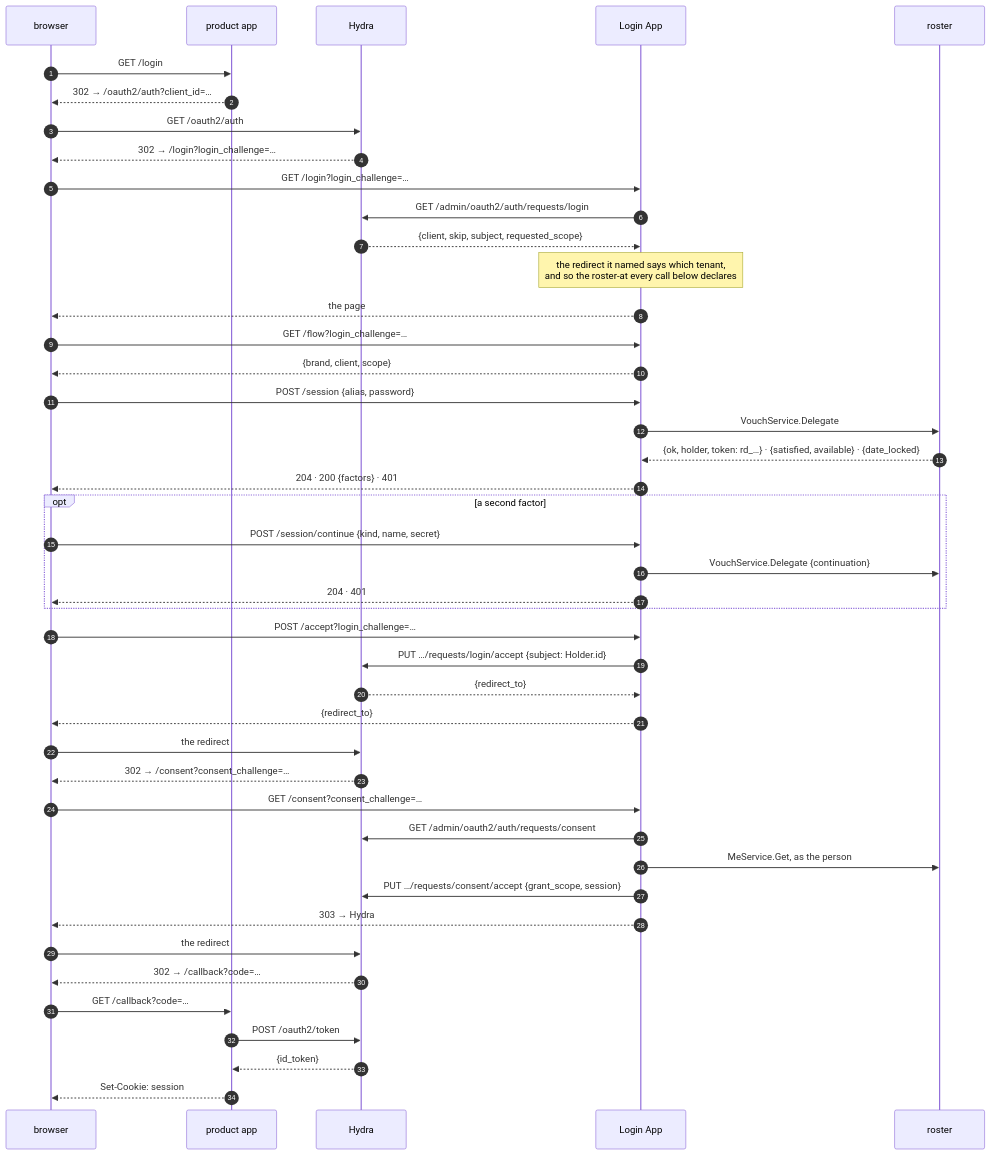
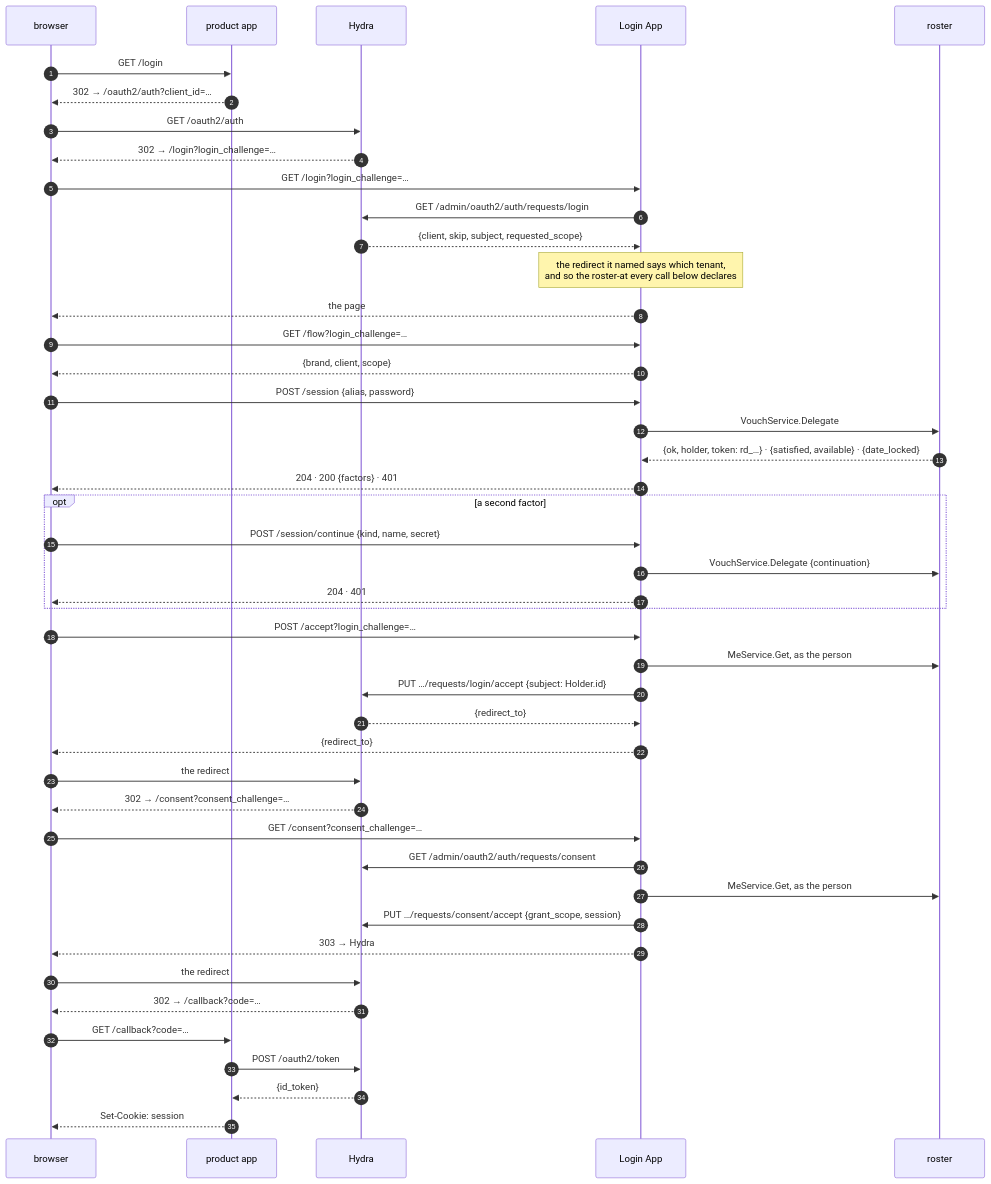
Before and after one commit to lesomnus/roster: the third of 7 diagrams in docs/login.md, drawn with Mermaid. The commit also changed other lines of this file and 11 other files, not shown here.

````diff
--- a/docs/login.md
+++ b/docs/login.md
@@ -253,52 +253,53 @@
 ```mermaid
 sequenceDiagram
   autonumber
   participant B as browser
   participant P as product app
   participant H as Hydra
   participant L as Login App
   participant R as roster
 
   B->>P: GET /login
   P-->>B: 302 → /oauth2/auth?client_id=…
   B->>H: GET /oauth2/auth
   H-->>B: 302 → /login?login_challenge=…
 
   B->>L: GET /login?login_challenge=…
   L->>H: GET /admin/oauth2/auth/requests/login
   H-->>L: {client, skip, subject, requested_scope}
   Note over L: the redirect it named says which tenant,<br/>and so the roster-at every call below declares
   L-->>B: the page
   B->>L: GET /flow?login_challenge=…
   L-->>B: {brand, client, scope}
 
   B->>L: POST /session {alias, password}
   L->>R: VouchService.Delegate
   R-->>L: {ok, holder, token: rd_…} · {satisfied, available} · {date_locked}
   L-->>B: 204 · 200 {factors} · 401
 
   opt a second factor
     B->>L: POST /session/continue {kind, name, secret}
     L->>R: VouchService.Delegate {continuation}
     L-->>B: 204 · 401
   end
 
   B->>L: POST /accept?login_challenge=…
+  L->>R: MeService.Get, as the person
   L->>H: PUT …/requests/login/accept {subject: Holder.id}
   H-->>L: {redirect_to}
   L-->>B: {redirect_to}
   B->>H: the redirect
   H-->>B: 302 → /consent?consent_challenge=…
 
   B->>L: GET /consent?consent_challenge=…
   L->>H: GET /admin/oauth2/auth/requests/consent
   L->>R: MeService.Get, as the person
   L->>H: PUT …/requests/consent/accept {grant_scope, session}
   L-->>B: 303 → Hydra
   B->>H: the redirect
   H-->>B: 302 → /callback?code=…
   B->>P: GET /callback?code=…
   P->>H: POST /oauth2/token
   H-->>P: {id_token}
   P-->>B: Set-Cookie: session
 ```
````
